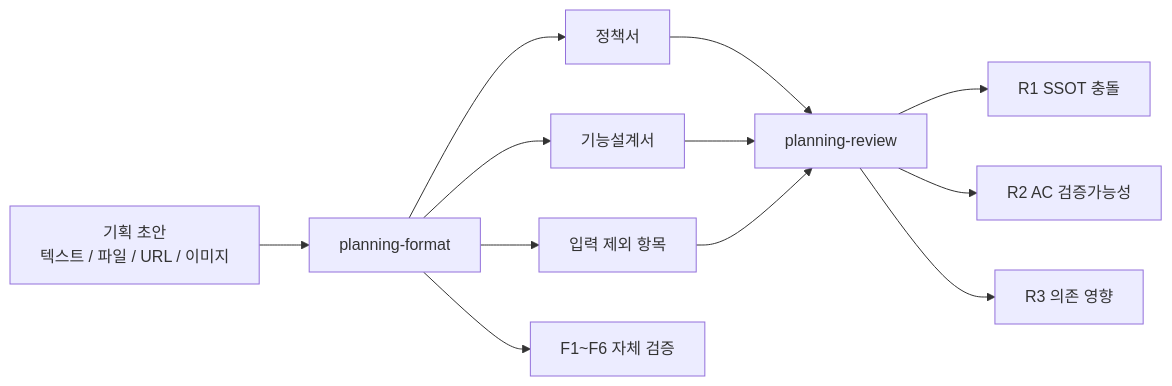
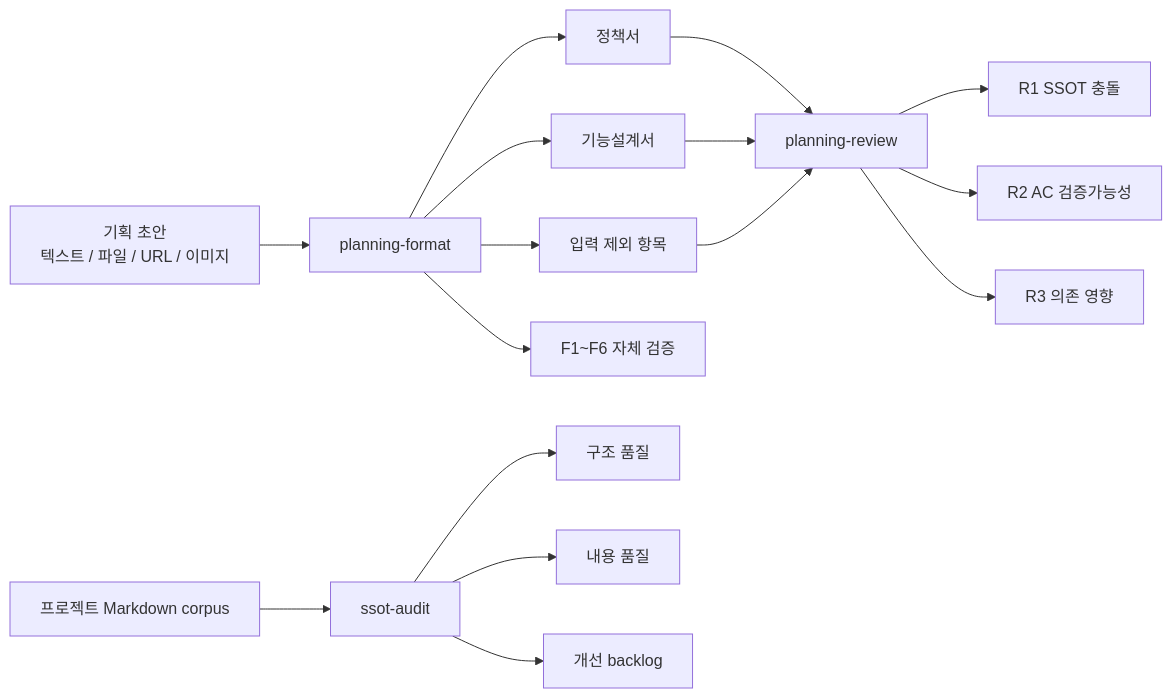
One commit to inkwonjung-colosseum/plugins changed the first of 7 diagrams in planning-kit/docs/planning-kit-workflow-guide.md. Above: the diagram before and after it, drawn with Mermaid. The commit also changed other lines of this file and 74 other files, not shown here.

````diff
--- a/planning-kit/docs/planning-kit-workflow-guide.md
+++ b/planning-kit/docs/planning-kit-workflow-guide.md
@@ -17,16 +19,21 @@
 ```mermaid
 flowchart LR
   A["기획 초안<br/>텍스트 / 파일 / URL / 이미지"] --> B["planning-format"]
   B --> C["정책서"]
   B --> D["기능설계서"]
   B --> E["입력 제외 항목"]
   B --> F["F1~F6 자체 검증"]
 
   C --> G["planning-review"]
   D --> G
   E --> G
 
   G --> H["R1 SSOT 충돌"]
   G --> I["R2 AC 검증가능성"]
   G --> J["R3 의존 영향"]
+
+  K["프로젝트 Markdown corpus"] --> L["ssot-audit"]
+  L --> M["구조 품질"]
+  L --> N["내용 품질"]
+  L --> O["개선 backlog"]
 ```
````
